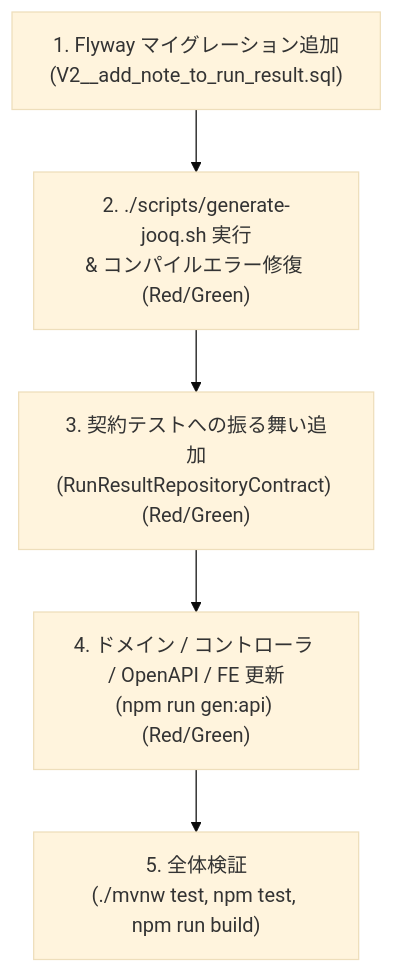
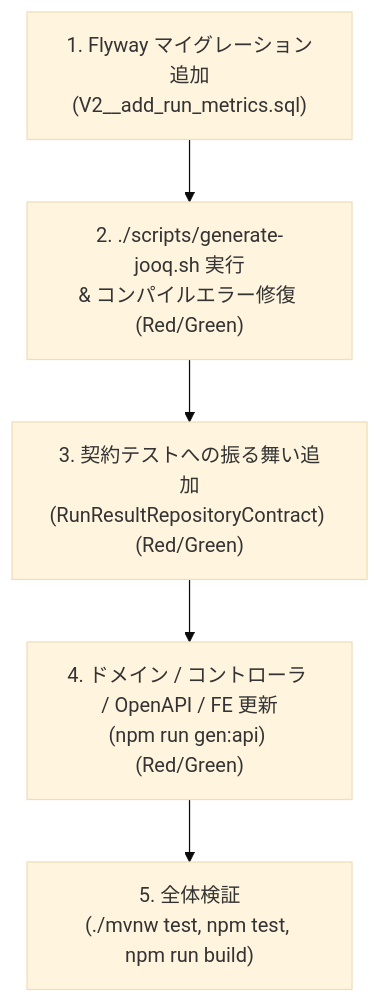
Before and after one commit to tis-abe-akira/run-buddy: the second of 2 diagrams in openwiki/tutorials/add-feature.md, drawn with Mermaid (base theme). The commit also changed other lines of this file and 14 other files, not shown here.

````diff
--- a/openwiki/tutorials/add-feature.md
+++ b/openwiki/tutorials/add-feature.md
@@ -97,7 +100,7 @@
 ```mermaid
 flowchart TD
-    S1["1. Flyway マイグレーション追加<br/>(V2__add_note_to_run_result.sql)"] --> S2["2. ./scripts/generate-jooq.sh 実行<br/>& コンパイルエラー修復 (Red/Green)"]
-    S2 --> S3["3. 契約テストへの振る舞い追加<br/>(RunResultRepositoryContract) (Red/Green)"]
-    S3 --> S4["4. ドメイン / コントローラ / OpenAPI / FE 更新<br/>(npm run gen:api) (Red/Green)"]
-    S4 --> S5["5. 全体検証<br/>(./mvnw test, npm test, npm run build)"]
+    Step1["1. Flyway マイグレーション追加<br/>(V2__add_run_metrics.sql)"] --> Step2["2. ./scripts/generate-jooq.sh 実行<br/>& コンパイルエラー修復 (Red/Green)"]
+    Step2 --> Step3["3. 契約テストへの振る舞い追加<br/>(RunResultRepositoryContract) (Red/Green)"]
+    Step3 --> Step4["4. ドメイン / コントローラ / OpenAPI / FE 更新<br/>(npm run gen:api) (Red/Green)"]
+    Step4 --> Step5["5. 全体検証<br/>(./mvnw test, npm test, npm run build)"]
 ```
````
